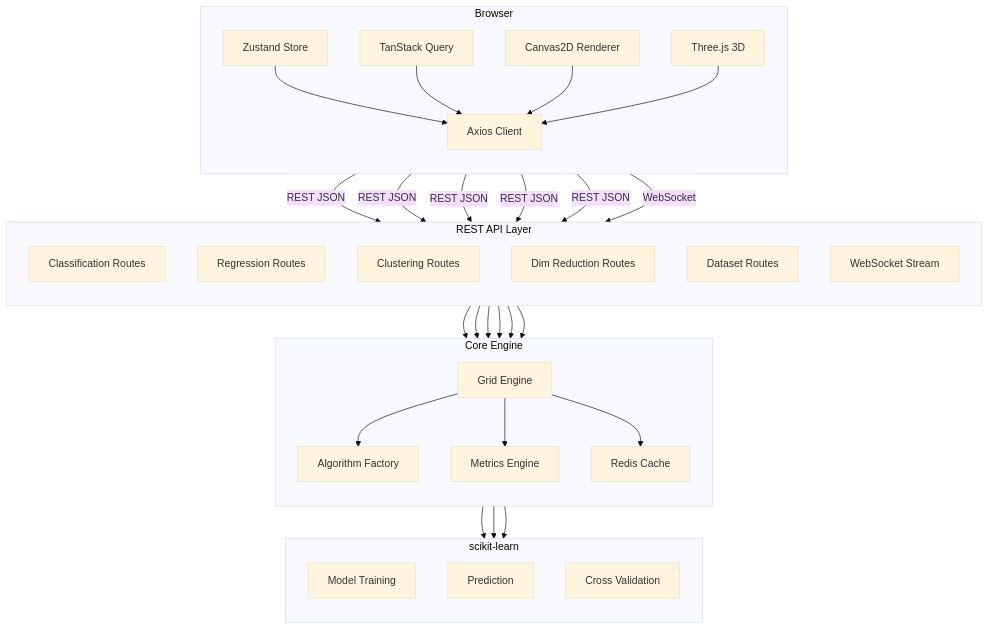
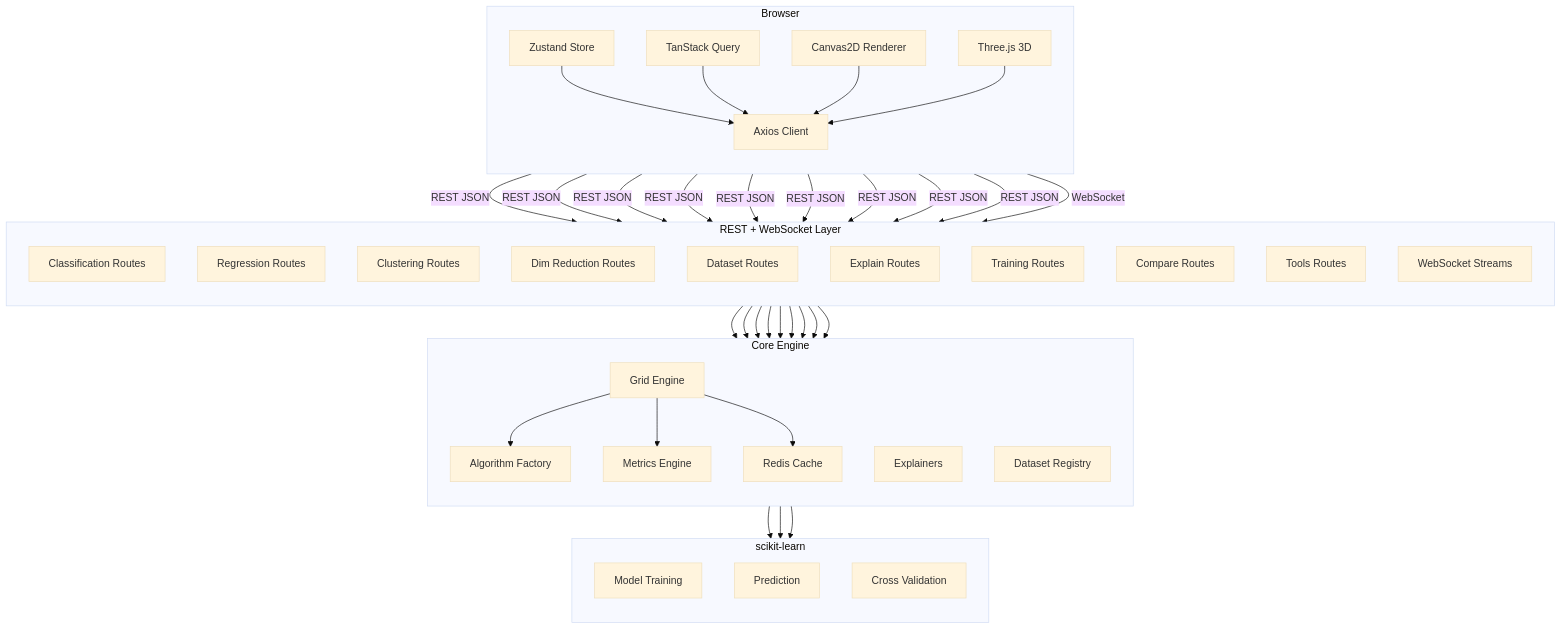
One commit to mahirmlk/Confluence changed the diagram in README.md. Above: the diagram before and after it, drawn with Mermaid (base theme). The commit also changed other lines of this file and 1 other file, not shown here.

````diff
--- a/README.md
+++ b/README.md
@@ -206,62 +245,75 @@
 ```mermaid
 graph TB
     subgraph CLIENT["Browser"]
         direction TB
         STATE["Zustand Store"]
         QUERY["TanStack Query"]
         CANVAS["Canvas2D Renderer"]
         THREE["Three.js 3D"]
         HTTP["Axios Client"]
     end
 
-    subgraph API["REST API Layer"]
+    subgraph API["REST + WebSocket Layer"]
         direction TB
         CLASS["Classification Routes"]
         REG["Regression Routes"]
         CLUST["Clustering Routes"]
         DIM["Dim Reduction Routes"]
         DATA["Dataset Routes"]
-        WS["WebSocket Stream"]
+        EXPLAIN["Explain Routes"]
+        TRAIN["Training Routes"]
+        COMPARE["Compare Routes"]
+        TOOLS["Tools Routes"]
+        WS["WebSocket Streams"]
     end
 
     subgraph CORE["Core Engine"]
         direction TB
         GRID["Grid Engine"]
         ALGO["Algorithm Factory"]
         METRIC["Metrics Engine"]
+        EXPLAINER["Explainers"]
+        REGISTRY["Dataset Registry"]
         CACHE["Redis Cache"]
     end
 
     subgraph ML["scikit-learn"]
         direction TB
         SKLearn["Model Training"]
         PREDICT["Prediction"]
         CROSS["Cross Validation"]
     end
 
     STATE --> HTTP
     QUERY --> HTTP
     CANVAS --> HTTP
     THREE --> HTTP
 
     HTTP -->|"REST JSON"| CLASS
     HTTP -->|"REST JSON"| REG
     HTTP -->|"REST JSON"| CLUST
     HTTP -->|"REST JSON"| DIM
     HTTP -->|"REST JSON"| DATA
+    HTTP -->|"REST JSON"| EXPLAIN
+    HTTP -->|"REST JSON"| TRAIN
+    HTTP -->|"REST JSON"| COMPARE
+    HTTP -->|"REST JSON"| TOOLS
     HTTP -->|"WebSocket"| WS
 
     CLASS --> GRID
     REG --> GRID
     CLUST --> GRID
     DIM --> GRID
-    DATA --> GRID
-    WS --> GRID
+    DATA --> REGISTRY
+    EXPLAIN --> EXPLAINER
+    TRAIN --> ALGO
+    COMPARE --> ALGO
+    TOOLS --> ALGO
 
     GRID --> ALGO
     ALGO --> SKLearn
     ALGO --> PREDICT
     ALGO --> CROSS
     GRID --> METRIC
     GRID --> CACHE
 ```
````
